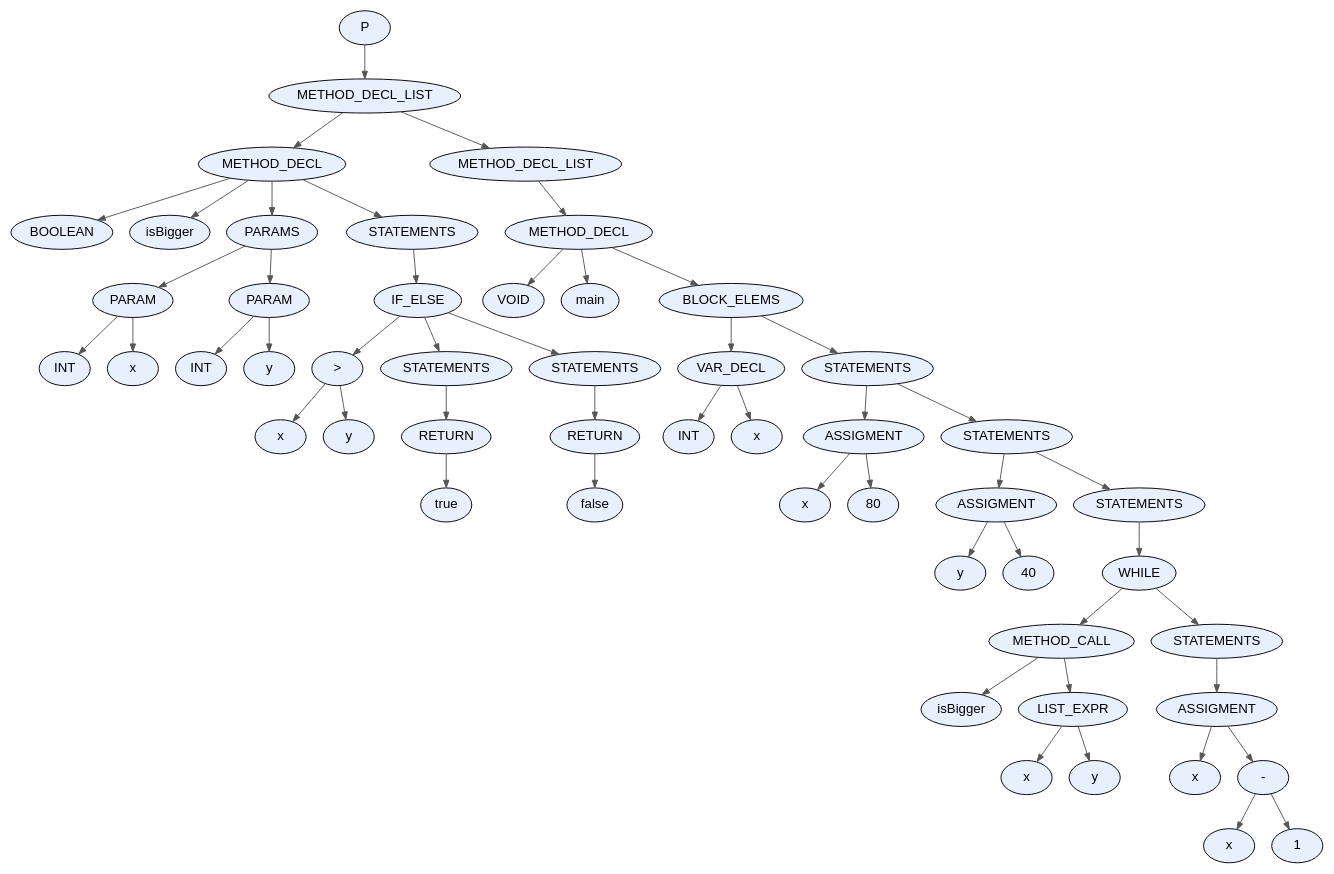
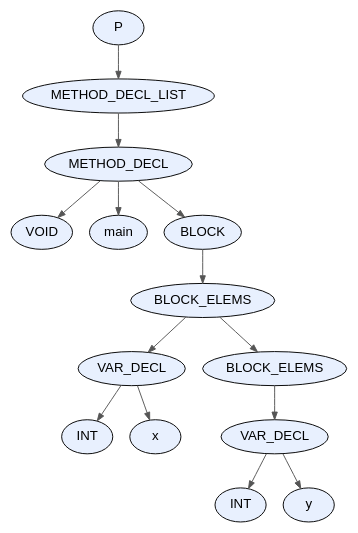
The diagram in proyecto/dot_files/test15.dot (facundo-dario-loser/TDS2026), drawn with Graphviz before and after one commit. The commit also changed 21 other files, not shown here.

```diff
--- a/proyecto/dot_files/test15.dot
+++ b/proyecto/dot_files/test15.dot
@@ -1,107 +1,31 @@
 digraph AST {
   node [fontname="Arial"];
   edge [arrowsize=0.8, color="#555555"];
-  "node_0x577fa8d65c90" [label="P", style=filled, fillcolor="#E8F0FE", shape=ellipse, style="rounded,filled"];
-  "node_0x577fa8d65c90" -> "node_0x577fa8d65c40";
-  "node_0x577fa8d65c40" [label="METHOD_DECL_LIST", style=filled, fillcolor="#E8F0FE", shape=ellipse, style="rounded,filled"];
-  "node_0x577fa8d65c40" -> "node_0x577fa8d650a0";
-  "node_0x577fa8d650a0" [label="METHOD_DECL", style=filled, fillcolor="#E8F0FE", shape=ellipse, style="rounded,filled"];
-  "node_0x577fa8d650a0" -> "node_0x577fa8d64920";
-  "node_0x577fa8d64920" [label="BOOLEAN", style=filled, fillcolor="#E8F0FE", shape=ellipse, style="rounded,filled"];
-  "node_0x577fa8d650a0" -> "node_0x577fa8d65030";
-  "node_0x577fa8d65030" [label="isBigger", style=filled, fillcolor="#E8F0FE", shape=ellipse, style="rounded,filled"];
-  "node_0x577fa8d650a0" -> "node_0x577fa8d64bf0";
-  "node_0x577fa8d64bf0" [label="PARAMS", style=filled, fillcolor="#E8F0FE", shape=ellipse, style="rounded,filled"];
-  "node_0x577fa8d64bf0" -> "node_0x577fa8d64a70";
-  "node_0x577fa8d64a70" [label="PARAM", style=filled, fillcolor="#E8F0FE", shape=ellipse, style="rounded,filled"];
-  "node_0x577fa8d64a70" -> "node_0x577fa8d64990";
-  "node_0x577fa8d64990" [label="INT", style=filled, fillcolor="#E8F0FE", shape=ellipse, style="rounded,filled"];
-  "node_0x577fa8d64a70" -> "node_0x577fa8d64a00";
-  "node_0x577fa8d64a00" [label="x", style=filled, fillcolor="#E8F0FE", shape=ellipse, style="rounded,filled"];
-  "node_0x577fa8d64bf0" -> "node_0x577fa8d64ba0";
-  "node_0x577fa8d64ba0" [label="PARAM", style=filled, fillcolor="#E8F0FE", shape=ellipse, style="rounded,filled"];
-  "node_0x577fa8d64ba0" -> "node_0x577fa8d64ac0";
-  "node_0x577fa8d64ac0" [label="INT", style=filled, fillcolor="#E8F0FE", shape=ellipse, style="rounded,filled"];
-  "node_0x577fa8d64ba0" -> "node_0x577fa8d64b30";
-  "node_0x577fa8d64b30" [label="y", style=filled, fillcolor="#E8F0FE", shape=ellipse, style="rounded,filled"];
-  "node_0x577fa8d650a0" -> "node_0x577fa8d64fe0";
-  "node_0x577fa8d64fe0" [label="STATEMENTS", style=filled, fillcolor="#E8F0FE", shape=ellipse, style="rounded,filled"];
-  "node_0x577fa8d64fe0" -> "node_0x577fa8d64f90";
-  "node_0x577fa8d64f90" [label="IF_ELSE", style=filled, fillcolor="#E8F0FE", shape=ellipse, style="rounded,filled"];
-  "node_0x577fa8d64f90" -> "node_0x577fa8d64d60";
-  "node_0x577fa8d64d60" [label=">", style=filled, fillcolor="#E8F0FE", shape=ellipse, style="rounded,filled"];
-  "node_0x577fa8d64d60" -> "node_0x577fa8d64c60";
-  "node_0x577fa8d64c60" [label="x", style=filled, fillcolor="#E8F0FE", shape=ellipse, style="rounded,filled"];
-  "node_0x577fa8d64d60" -> "node_0x577fa8d64cf0";
-  "node_0x577fa8d64cf0" [label="y", style=filled, fillcolor="#E8F0FE", shape=ellipse, style="rounded,filled"];
-  "node_0x577fa8d64f90" -> "node_0x577fa8d64e50";
-  "node_0x577fa8d64e50" [label="STATEMENTS", style=filled, fillcolor="#E8F0FE", shape=ellipse, style="rounded,filled"];
-  "node_0x577fa8d64e50" -> "node_0x577fa8d64e00";
-  "node_0x577fa8d64e00" [label="RETURN", style=filled, fillcolor="#E8F0FE", shape=ellipse, style="rounded,filled"];
-  "node_0x577fa8d64e00" -> "node_0x577fa8d64db0";
-  "node_0x577fa8d64db0" [label="true", style=filled, fillcolor="#E8F0FE", shape=ellipse, style="rounded,filled"];
-  "node_0x577fa8d64f90" -> "node_0x577fa8d64f40";
-  "node_0x577fa8d64f40" [label="STATEMENTS", style=filled, fillcolor="#E8F0FE", shape=ellipse, style="rounded,filled"];
-  "node_0x577fa8d64f40" -> "node_0x577fa8d64ef0";
-  "node_0x577fa8d64ef0" [label="RETURN", style=filled, fillcolor="#E8F0FE", shape=ellipse, style="rounded,filled"];
-  "node_0x577fa8d64ef0" -> "node_0x577fa8d64ea0";
-  "node_0x577fa8d64ea0" [label="false", style=filled, fillcolor="#E8F0FE", shape=ellipse, style="rounded,filled"];
-  "node_0x577fa8d65c40" -> "node_0x577fa8d65bf0";
-  "node_0x577fa8d65bf0" [label="METHOD_DECL_LIST", style=filled, fillcolor="#E8F0FE", shape=ellipse, style="rounded,filled"];
-  "node_0x577fa8d65bf0" -> "node_0x577fa8d65ba0";
-  "node_0x577fa8d65ba0" [label="METHOD_DECL", style=filled, fillcolor="#E8F0FE", shape=ellipse, style="rounded,filled"];
-  "node_0x577fa8d65ba0" -> "node_0x577fa8d65ae0";
-  "node_0x577fa8d65ae0" [label="VOID", style=filled, fillcolor="#E8F0FE", shape=ellipse, style="rounded,filled"];
-  "node_0x577fa8d65ba0" -> "node_0x577fa8d65b30";
-  "node_0x577fa8d65b30" [label="main", style=filled, fillcolor="#E8F0FE", shape=ellipse, style="rounded,filled"];
-  "node_0x577fa8d65ba0" -> "node_0x577fa8d65a90";
-  "node_0x577fa8d65a90" [label="BLOCK_ELEMS", style=filled, fillcolor="#E8F0FE", shape=ellipse, style="rounded,filled"];
-  "node_0x577fa8d65a90" -> "node_0x577fa8d651f0";
-  "node_0x577fa8d651f0" [label="VAR_DECL", style=filled, fillcolor="#E8F0FE", shape=ellipse, style="rounded,filled"];
-  "node_0x577fa8d651f0" -> "node_0x577fa8d65110";
-  "node_0x577fa8d65110" [label="INT", style=filled, fillcolor="#E8F0FE", shape=ellipse, style="rounded,filled"];
-  "node_0x577fa8d651f0" -> "node_0x577fa8d65180";
-  "node_0x577fa8d65180" [label="x", style=filled, fillcolor="#E8F0FE", shape=ellipse, style="rounded,filled"];
-  "node_0x577fa8d65a90" -> "node_0x577fa8d65a40";
-  "node_0x577fa8d65a40" [label="STATEMENTS", style=filled, fillcolor="#E8F0FE", shape=ellipse, style="rounded,filled"];
-  "node_0x577fa8d65a40" -> "node_0x577fa8d65320";
-  "node_0x577fa8d65320" [label="ASSIGMENT", style=filled, fillcolor="#E8F0FE", shape=ellipse, style="rounded,filled"];
-  "node_0x577fa8d65320" -> "node_0x577fa8d652b0";
-  "node_0x577fa8d652b0" [label="x", style=filled, fillcolor="#E8F0FE", shape=ellipse, style="rounded,filled"];
-  "node_0x577fa8d65320" -> "node_0x577fa8d65260";
-  "node_0x577fa8d65260" [label="80", style=filled, fillcolor="#E8F0FE", shape=ellipse, style="rounded,filled"];
-  "node_0x577fa8d65a40" -> "node_0x577fa8d659f0";
-  "node_0x577fa8d659f0" [label="STATEMENTS", style=filled, fillcolor="#E8F0FE", shape=ellipse, style="rounded,filled"];
-  "node_0x577fa8d659f0" -> "node_0x577fa8d65450";
-  "node_0x577fa8d65450" [label="ASSIGMENT", style=filled, fillcolor="#E8F0FE", shape=ellipse, style="rounded,filled"];
-  "node_0x577fa8d65450" -> "node_0x577fa8d653e0";
-  "node_0x577fa8d653e0" [label="y", style=filled, fillcolor="#E8F0FE", shape=ellipse, style="rounded,filled"];
-  "node_0x577fa8d65450" -> "node_0x577fa8d65390";
-  "node_0x577fa8d65390" [label="40", style=filled, fillcolor="#E8F0FE", shape=ellipse, style="rounded,filled"];
-  "node_0x577fa8d659f0" -> "node_0x577fa8d659a0";
-  "node_0x577fa8d659a0" [label="STATEMENTS", style=filled, fillcolor="#E8F0FE", shape=ellipse, style="rounded,filled"];
-  "node_0x577fa8d659a0" -> "node_0x577fa8d65950";
-  "node_0x577fa8d65950" [label="WHILE", style=filled, fillcolor="#E8F0FE", shape=ellipse, style="rounded,filled"];
-  "node_0x577fa8d65950" -> "node_0x577fa8d656a0";
-  "node_0x577fa8d656a0" [label="METHOD_CALL", style=filled, fillcolor="#E8F0FE", shape=ellipse, style="rounded,filled"];
-  "node_0x577fa8d656a0" -> "node_0x577fa8d65630";
-  "node_0x577fa8d65630" [label="isBigger", style=filled, fillcolor="#E8F0FE", shape=ellipse, style="rounded,filled"];
-  "node_0x577fa8d656a0" -> "node_0x577fa8d655e0";
-  "node_0x577fa8d655e0" [label="LIST_EXPR", style=filled, fillcolor="#E8F0FE", shape=ellipse, style="rounded,filled"];
-  "node_0x577fa8d655e0" -> "node_0x577fa8d654e0";
-  "node_0x577fa8d654e0" [label="x", style=filled, fillcolor="#E8F0FE", shape=ellipse, style="rounded,filled"];
-  "node_0x577fa8d655e0" -> "node_0x577fa8d65570";
-  "node_0x577fa8d65570" [label="y", style=filled, fillcolor="#E8F0FE", shape=ellipse, style="rounded,filled"];
-  "node_0x577fa8d65950" -> "node_0x577fa8d65900";
-  "node_0x577fa8d65900" [label="STATEMENTS", style=filled, fillcolor="#E8F0FE", shape=ellipse, style="rounded,filled"];
-  "node_0x577fa8d65900" -> "node_0x577fa8d658b0";
-  "node_0x577fa8d658b0" [label="ASSIGMENT", style=filled, fillcolor="#E8F0FE", shape=ellipse, style="rounded,filled"];
-  "node_0x577fa8d658b0" -> "node_0x577fa8d65840";
-  "node_0x577fa8d65840" [label="x", style=filled, fillcolor="#E8F0FE", shape=ellipse, style="rounded,filled"];
-  "node_0x577fa8d658b0" -> "node_0x577fa8d657f0";
-  "node_0x577fa8d657f0" [label="-", style=filled, fillcolor="#E8F0FE", shape=ellipse, style="rounded,filled"];
-  "node_0x577fa8d657f0" -> "node_0x577fa8d65730";
-  "node_0x577fa8d65730" [label="x", style=filled, fillcolor="#E8F0FE", shape=ellipse, style="rounded,filled"];
-  "node_0x577fa8d657f0" -> "node_0x577fa8d657a0";
-  "node_0x577fa8d657a0" [label="1", style=filled, fillcolor="#E8F0FE", shape=ellipse, style="rounded,filled"];
+  "node_0x575987315df0" [label="P", style=filled, fillcolor="#E8F0FE", shape=ellipse, style="rounded,filled"];
+  "node_0x575987315df0" -> "node_0x575987315da0";
+  "node_0x575987315da0" [label="METHOD_DECL_LIST", style=filled, fillcolor="#E8F0FE", shape=ellipse, style="rounded,filled"];
+  "node_0x575987315da0" -> "node_0x575987315d50";
+  "node_0x575987315d50" [label="METHOD_DECL", style=filled, fillcolor="#E8F0FE", shape=ellipse, style="rounded,filled"];
+  "node_0x575987315d50" -> "node_0x575987315c90";
+  "node_0x575987315c90" [label="VOID", style=filled, fillcolor="#E8F0FE", shape=ellipse, style="rounded,filled"];
+  "node_0x575987315d50" -> "node_0x575987315ce0";
+  "node_0x575987315ce0" [label="main", style=filled, fillcolor="#E8F0FE", shape=ellipse, style="rounded,filled"];
+  "node_0x575987315d50" -> "node_0x575987315c40";
+  "node_0x575987315c40" [label="BLOCK", style=filled, fillcolor="#E8F0FE", shape=ellipse, style="rounded,filled"];
+  "node_0x575987315c40" -> "node_0x575987315bf0";
+  "node_0x575987315bf0" [label="BLOCK_ELEMS", style=filled, fillcolor="#E8F0FE", shape=ellipse, style="rounded,filled"];
+  "node_0x575987315bf0" -> "node_0x575987315a20";
+  "node_0x575987315a20" [label="VAR_DECL", style=filled, fillcolor="#E8F0FE", shape=ellipse, style="rounded,filled"];
+  "node_0x575987315a20" -> "node_0x575987315940";
+  "node_0x575987315940" [label="INT", style=filled, fillcolor="#E8F0FE", shape=ellipse, style="rounded,filled"];
+  "node_0x575987315a20" -> "node_0x5759873159b0";
+  "node_0x5759873159b0" [label="x", style=filled, fillcolor="#E8F0FE", shape=ellipse, style="rounded,filled"];
+  "node_0x575987315bf0" -> "node_0x575987315ba0";
+  "node_0x575987315ba0" [label="BLOCK_ELEMS", style=filled, fillcolor="#E8F0FE", shape=ellipse, style="rounded,filled"];
+  "node_0x575987315ba0" -> "node_0x575987315b50";
+  "node_0x575987315b50" [label="VAR_DECL", style=filled, fillcolor="#E8F0FE", shape=ellipse, style="rounded,filled"];
+  "node_0x575987315b50" -> "node_0x575987315a70";
+  "node_0x575987315a70" [label="INT", style=filled, fillcolor="#E8F0FE", shape=ellipse, style="rounded,filled"];
+  "node_0x575987315b50" -> "node_0x575987315ae0";
+  "node_0x575987315ae0" [label="y", style=filled, fillcolor="#E8F0FE", shape=ellipse, style="rounded,filled"];
 }
```
